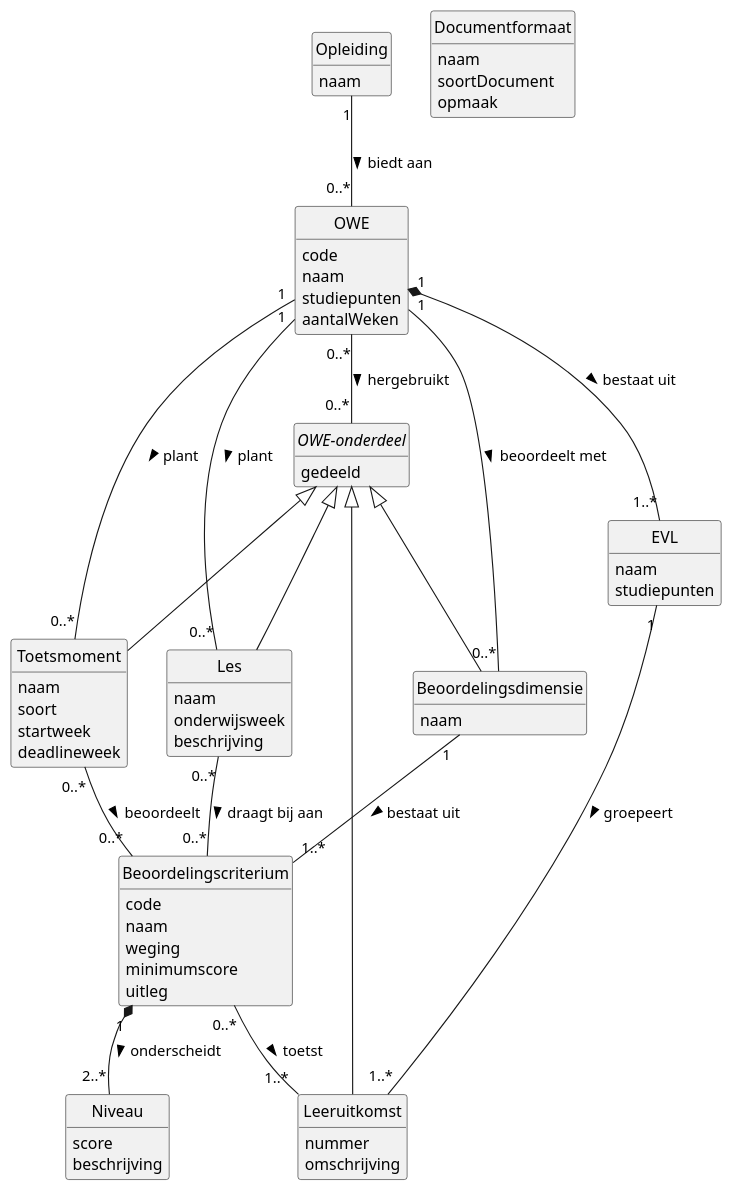
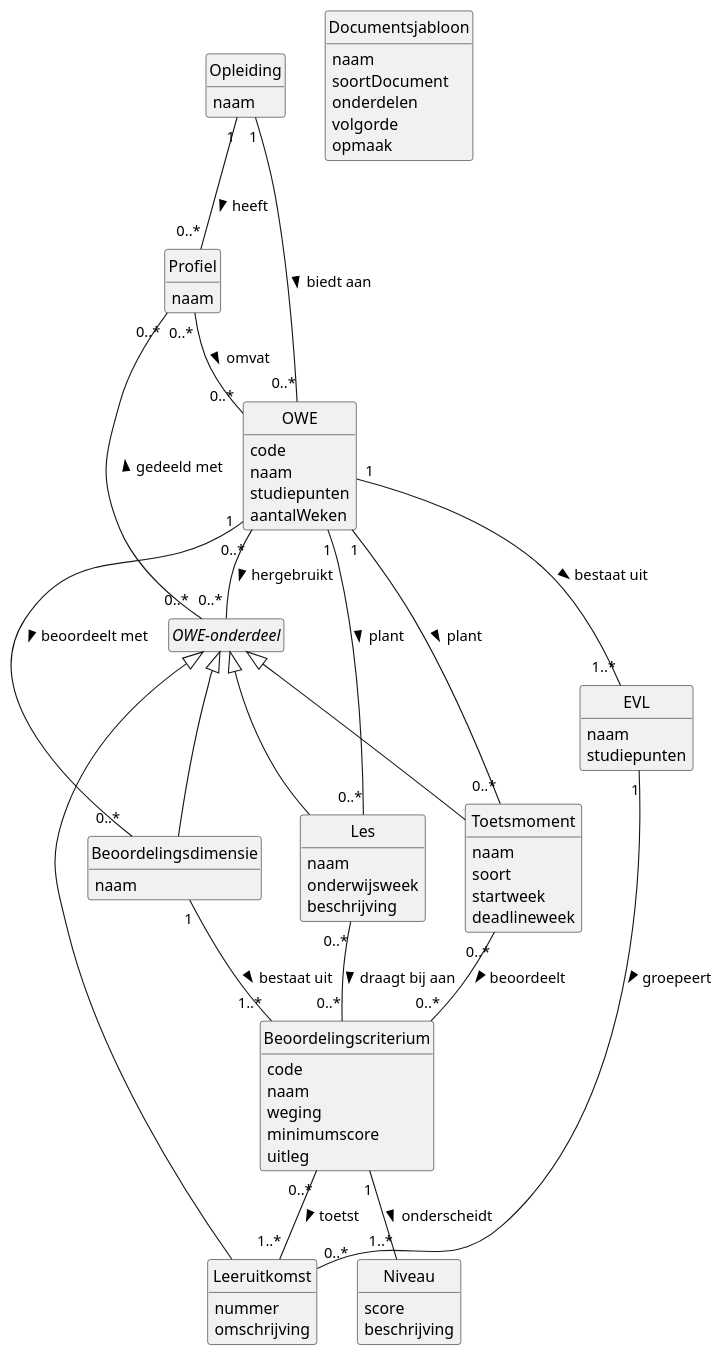
One commit to HAN-Craftsmanship-KL-JJG/casus changed the diagram in docs/diagrams/domeinmodel.puml. Above: the diagram before and after it, drawn with PlantUML. The commit also changed 4 other files, not shown here.

```diff
--- a/docs/diagrams/domeinmodel.puml
+++ b/docs/diagrams/domeinmodel.puml
@@ -1,80 +1,86 @@
 @startuml domeinmodel
 ' Domeinmodel van ICDE. Toelichting: docs/domeinmodel.md
 ' Een domeinmodel heeft geen operaties, datatypes, visibility of navigatie.
 hide circle
 hide methods
 hide empty members
 skinparam shadowing false
 skinparam defaultFontName Helvetica
 skinparam classAttributeIconSize 0
 
 class Opleiding {
   naam
 }
+class Profiel {
+  naam
+}
 class OWE {
   code
   naam
   studiepunten
   aantalWeken
 }
 class EVL {
   naam
   studiepunten
 }
-abstract class "OWE-onderdeel" as Onderdeel {
-  gedeeld
-}
+abstract class "OWE-onderdeel" as Onderdeel
 class Leeruitkomst {
   nummer
   omschrijving
 }
 class Beoordelingsdimensie {
   naam
 }
 class Beoordelingscriterium {
   code
   naam
   weging
   minimumscore
   uitleg
 }
 class Niveau {
   score
   beschrijving
 }
 class Les {
   naam
   onderwijsweek
   beschrijving
 }
 class Toetsmoment {
   naam
   soort
   startweek
   deadlineweek
 }
-class Documentformaat {
+class Documentsjabloon {
   naam
   soortDocument
+  onderdelen
+  volgorde
   opmaak
 }
 
+Opleiding "1" -- "0..*" Profiel : heeft >
 Opleiding "1" -- "0..*" OWE : biedt aan >
-OWE "1" *-- "1..*" EVL : bestaat uit >
-EVL "1" -- "1..*" Leeruitkomst : groepeert >
+Profiel "0..*" -- "0..*" OWE : omvat >
+OWE "1" -- "1..*" EVL : bestaat uit >
+EVL "1" -- "0..*" Leeruitkomst : groepeert >
 OWE "1" -- "0..*" Beoordelingsdimensie : beoordeelt met >
 Beoordelingsdimensie "1" -- "1..*" Beoordelingscriterium : bestaat uit >
-Beoordelingscriterium "1" *-- "2..*" Niveau : onderscheidt >
+Beoordelingscriterium "1" -- "1..*" Niveau : onderscheidt >
 OWE "1" -- "0..*" Les : plant >
 OWE "1" -- "0..*" Toetsmoment : plant >
 
 Beoordelingscriterium "0..*" -- "1..*" Leeruitkomst : toetst >
 Les "0..*" -- "0..*" Beoordelingscriterium : draagt bij aan >
 Toetsmoment "0..*" -- "0..*" Beoordelingscriterium : beoordeelt >
 
 Onderdeel <|-- Leeruitkomst
 Onderdeel <|-- Beoordelingsdimensie
 Onderdeel <|-- Les
 Onderdeel <|-- Toetsmoment
+Onderdeel "0..*" -- "0..*" Profiel : gedeeld met >
 OWE "0..*" -- "0..*" Onderdeel : hergebruikt >
 @enduml
```
